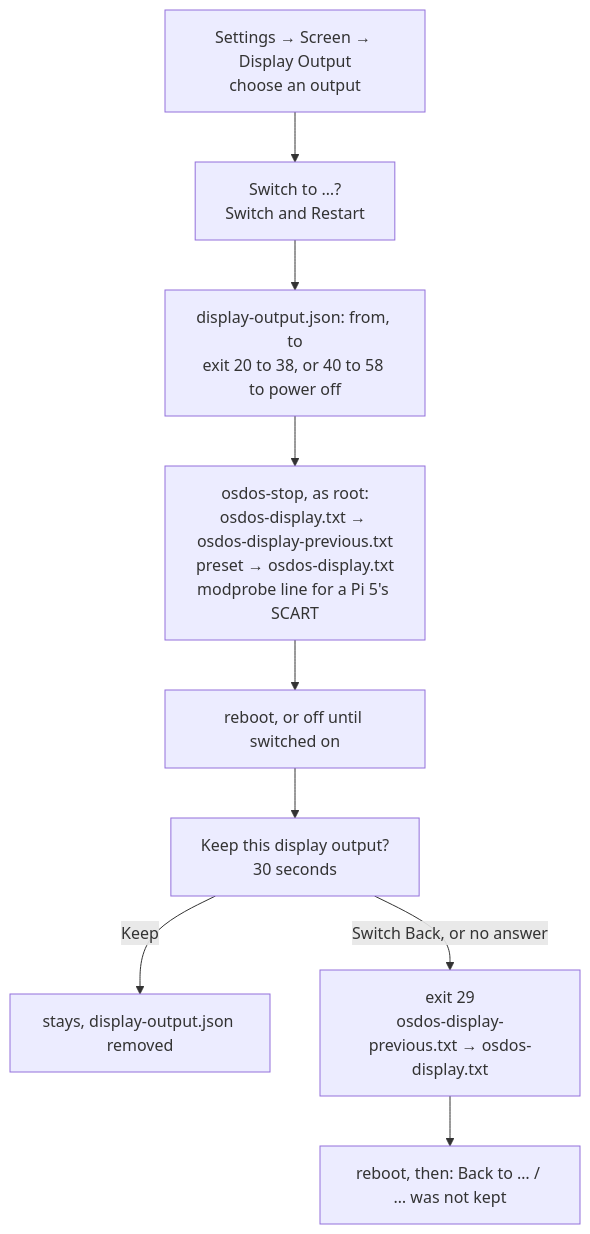
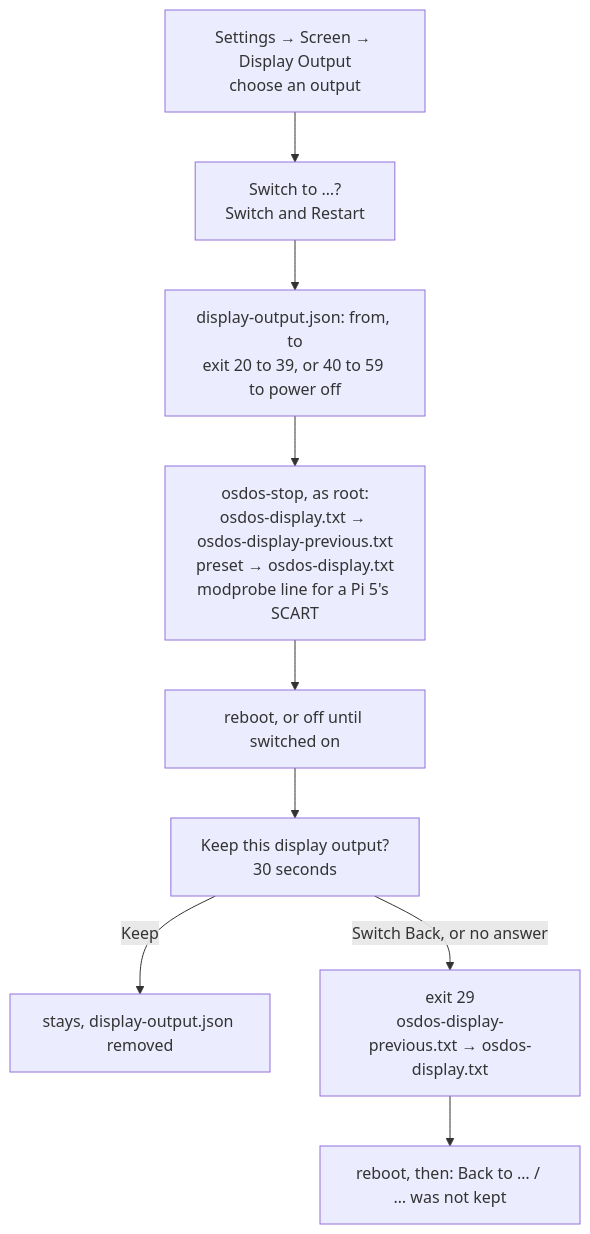
One commit to mehmetraif/OSD-OS changed the first of 2 diagrams in docs/wiki/Display-Output.md. Above: the diagram before and after it, drawn with Mermaid. The commit also changed other lines of this file and 29 other files, not shown here.

````diff
--- a/docs/wiki/Display-Output.md
+++ b/docs/wiki/Display-Output.md
@@ -126,11 +129,11 @@
 ```mermaid
 flowchart TD
     A["Settings → Screen → Display Output<br/>choose an output"] --> B["Switch to …?<br/>Switch and Restart"]
-    B --> C["display-output.json: from, to<br/>exit 20 to 38, or 40 to 58 to power off"]
+    B --> C["display-output.json: from, to<br/>exit 20 to 39, or 40 to 59 to power off"]
     C --> D["osdos-stop, as root:<br/>osdos-display.txt → osdos-display-previous.txt<br/>preset → osdos-display.txt<br/>modprobe line for a Pi 5's SCART"]
     D --> E["reboot, or off until switched on"]
     E --> F["Keep this display output?<br/>30 seconds"]
     F -- "Keep" --> G["stays, display-output.json removed"]
     F -- "Switch Back, or no answer" --> H["exit 29<br/>osdos-display-previous.txt → osdos-display.txt"]
     H --> I["reboot, then: Back to … / … was not kept"]
 ```
````
